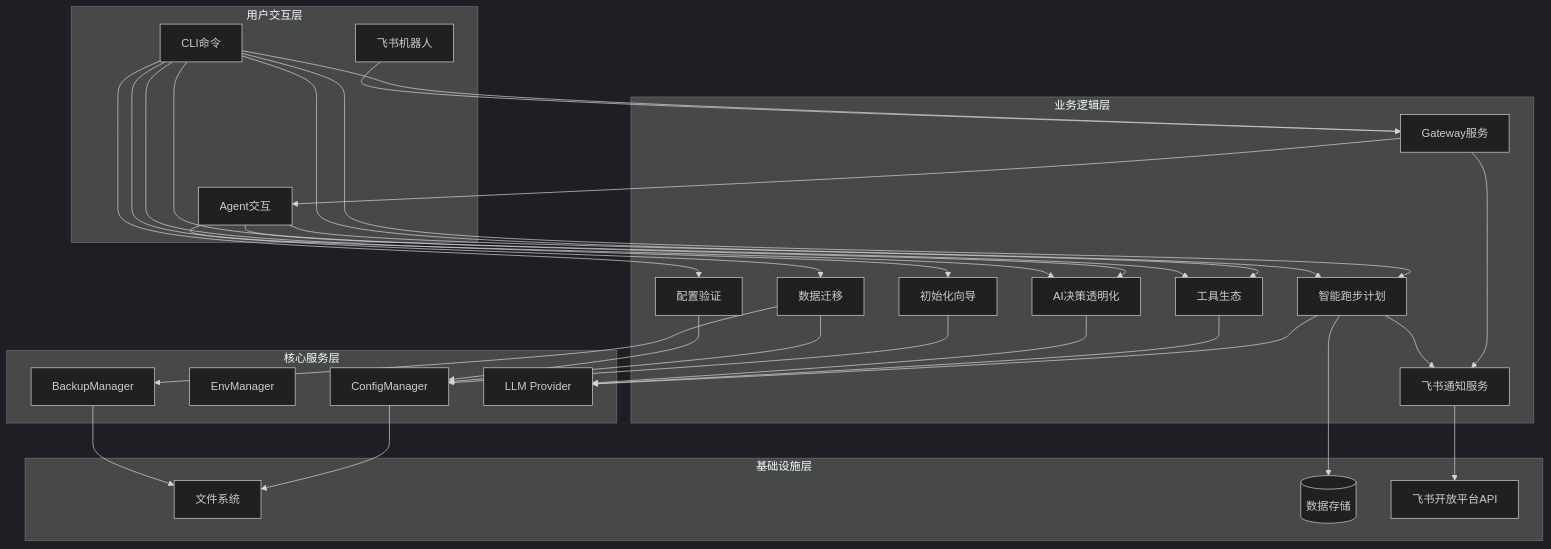
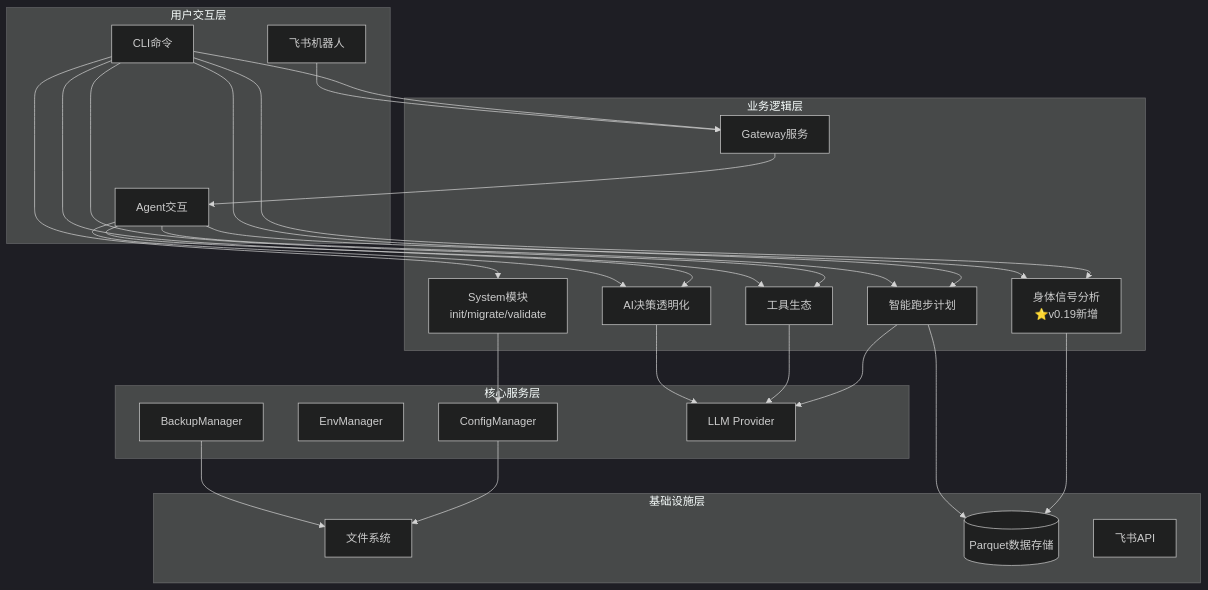
One commit to yecllsl/nanobot-runner changed the first of 3 diagrams in docs/architecture/架构设计说明书.md. Above: the diagram before and after it, drawn with Mermaid (dark theme). The commit also changed other lines of this file and 4 other files, not shown here.

````diff
--- a/docs/architecture/架构设计说明书.md
+++ b/docs/architecture/架构设计说明书.md
@@ -104,63 +83,55 @@
 ```mermaid
 graph TB
     subgraph "用户交互层"
         CLI[CLI命令]
         AGENT[Agent交互]
         FEISHU[飞书机器人]
     end
-    
+
     subgraph "业务逻辑层"
-        INIT[初始化向导]
-        MIGRATE[数据迁移]
-        VALIDATE[配置验证]
-        TRAINING[智能跑步计划]
+        SYSTEM[System模块<br/>init/migrate/validate]
+        PLAN[智能跑步计划]
         TOOLS[工具生态]
         TRANSPARENCY[AI决策透明化]
+        BODY_SIGNAL[身体信号分析<br/>⭐v0.19新增]
         GATEWAY[Gateway服务]
-        FEISHU_SERVICE[飞书通知服务]
     end
-    
+
     subgraph "核心服务层"
         CONFIG[ConfigManager]
         ENV[EnvManager]
         BACKUP[BackupManager]
         LLM[LLM Provider]
     end
-    
+
     subgraph "基础设施层"
         FS[文件系统]
-        DB[(数据存储)]
-        FEISHU_API[飞书开放平台API]
+        DB[(Parquet数据存储)]
+        FEISHU_API[飞书API]
     end
-    
-    CLI --> INIT
-    CLI --> MIGRATE
-    CLI --> VALIDATE
-    CLI --> TRAINING
+
+    CLI --> SYSTEM
+    CLI --> PLAN
     CLI --> TOOLS
     CLI --> TRANSPARENCY
+    CLI --> BODY_SIGNAL
     CLI --> GATEWAY
-    
-    AGENT --> TRAINING
+
+    AGENT --> PLAN
     AGENT --> TOOLS
     AGENT --> TRANSPARENCY
-    
+    AGENT --> BODY_SIGNAL
+
     FEISHU --> GATEWAY
     GATEWAY --> AGENT
-    GATEWAY --> FEISHU_SERVICE
-    
-    FEISHU_SERVICE --> FEISHU_API
-    TRAINING --> FEISHU_SERVICE
-    
-    INIT --> CONFIG
-    MIGRATE --> CONFIG
-    MIGRATE --> BACKUP
-    VALIDATE --> CONFIG
-    TRAINING --> LLM
+
+    BODY_SIGNAL --> DB
+    PLAN --> LLM
     TOOLS --> LLM
     TRANSPARENCY --> LLM
-    
+    SYSTEM --> CONFIG
+
     CONFIG --> FS
     BACKUP --> FS
-    TRAINING --> DB
+    PLAN --> DB
 ```
````
